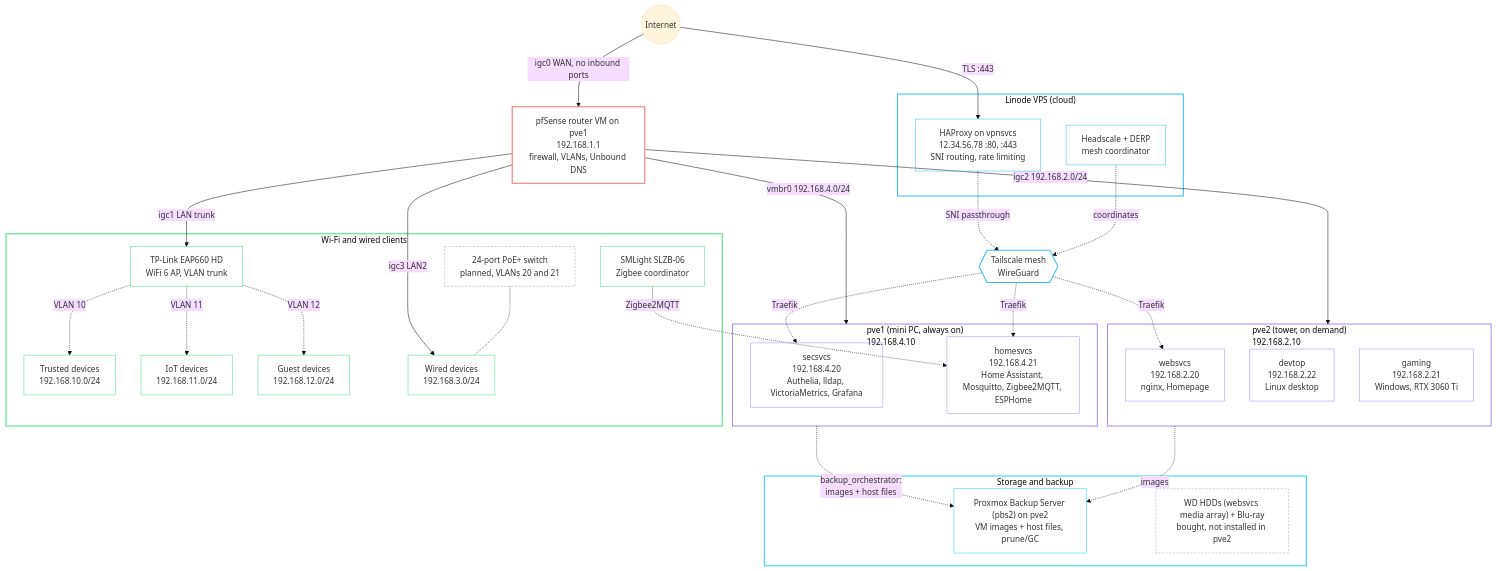
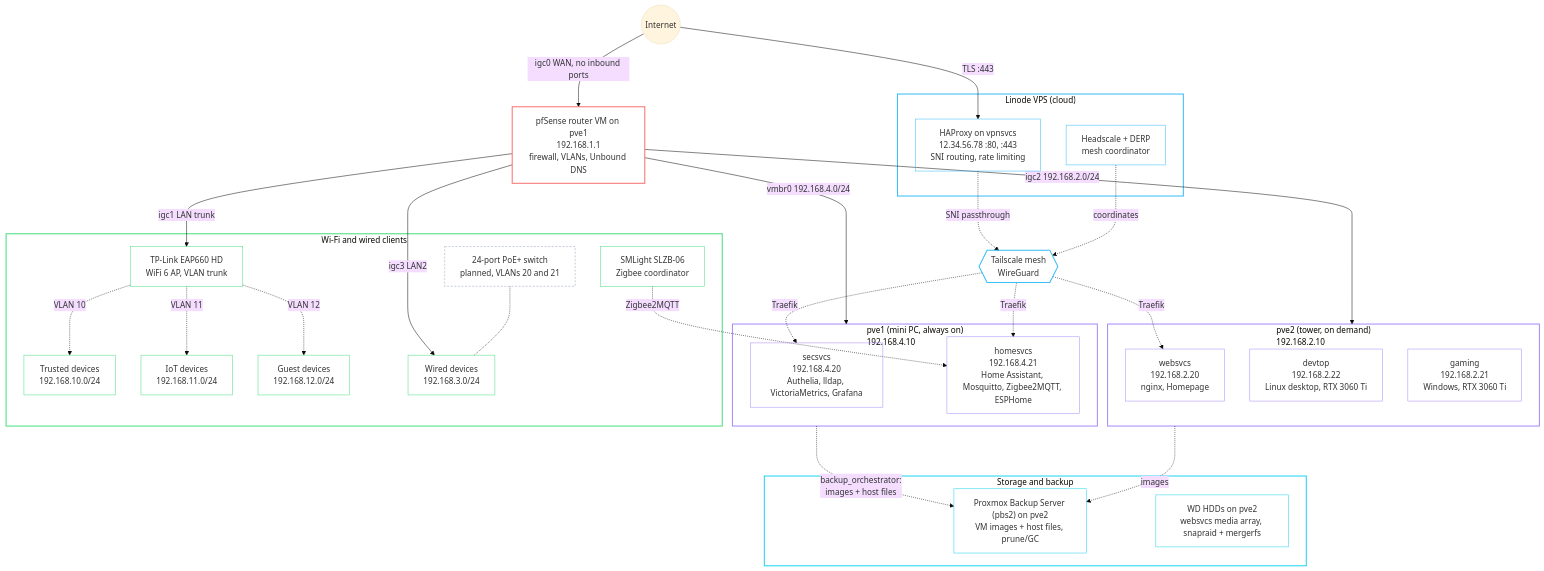
One commit to babraham123/homelab changed the diagram in rendered/docs/architecture.md. Above: the diagram before and after it, drawn with Mermaid (base theme). The commit also changed other lines of this file and 32 other files, not shown here.

````diff
--- a/rendered/docs/architecture.md
+++ b/rendered/docs/architecture.md
@@ -20,75 +20,75 @@
 ```mermaid
 flowchart TB
     inet(("Internet"))
 
     subgraph cloud["Linode VPS (cloud)"]
         haproxy["HAProxy on vpnsvcs<br/>12.34.56.78 :80, :443<br/>SNI routing, rate limiting"]
         headscale["Headscale + DERP<br/>mesh coordinator"]
     end
 
     fw["pfSense router VM on pve1<br/>192.168.1.1<br/>firewall, VLANs, Unbound DNS"]
     mesh{{"Tailscale mesh<br/>WireGuard"}}
 
     subgraph pve1["pve1 (mini PC, always on)<br/>192.168.4.10"]
         secsvcs["secsvcs<br/>192.168.4.20<br/>Authelia, lldap, VictoriaMetrics, Grafana"]
         homesvcs["homesvcs<br/>192.168.4.21<br/>Home Assistant, Mosquitto, Zigbee2MQTT, ESPHome"]
     end
 
     subgraph pve2["pve2 (tower, on demand)<br/>192.168.2.10"]
         websvcs["websvcs<br/>192.168.2.20<br/>nginx, Homepage"]
-        devtop["devtop<br/>192.168.2.22<br/>Linux desktop"]
+        devtop["devtop<br/>192.168.2.22<br/>Linux desktop, RTX 3060 Ti"]
         gaming["gaming<br/>192.168.2.21<br/>Windows, RTX 3060 Ti"]
     end
 
     subgraph clients["Wi-Fi and wired clients"]
         ap["TP-Link EAP660 HD<br/>WiFi 6 AP, VLAN trunk"]
         trusted["Trusted devices<br/>192.168.10.0/24"]
         iot["IoT devices<br/>192.168.11.0/24"]
         guest["Guest devices<br/>192.168.12.0/24"]
         zigbee["SMLight SLZB-06<br/>Zigbee coordinator"]
         wdev["Wired devices<br/>192.168.3.0/24"]
         sw["24-port PoE+ switch<br/>planned, VLANs 20 and 21"]
     end
 
     subgraph store["Storage and backup"]
         pbs2["Proxmox Backup Server (pbs2) on pve2<br/>VM images + host files, prune/GC"]
-        hdds["WD HDDs (websvcs media array) + Blu-ray<br/>bought, not installed in pve2"]
+        hdds["WD HDDs on pve2<br/>websvcs media array, snapraid + mergerfs"]
     end
 
     inet -- "TLS :443" --> haproxy
     inet -- "igc0 WAN, no inbound ports" --> fw
     haproxy -. "SNI passthrough" .-> mesh
     headscale -. "coordinates" .-> mesh
     mesh -. "Traefik" .-> secsvcs
     mesh -. "Traefik" .-> homesvcs
     mesh -. "Traefik" .-> websvcs
     fw -- "vmbr0 192.168.4.0/24" --> pve1
     fw -- "igc2 192.168.2.0/24" --> pve2
     fw -- "igc1 LAN trunk" --> ap
     fw -- "igc3 LAN2" --> wdev
     ap -. "VLAN 10" .-> trusted
     ap -. "VLAN 11" .-> iot
     ap -. "VLAN 12" .-> guest
     zigbee -. "Zigbee2MQTT" .-> homesvcs
     sw -.- wdev
     pve1 -. "backup_orchestrator:<br/>images + host files" .-> pbs2
     pve2 -. "images" .-> pbs2
 
     style cloud stroke:#38bdf8,stroke-width:2px,fill:transparent
     style pve1 stroke:#a78bfa,stroke-width:2px,fill:transparent
     style pve2 stroke:#a78bfa,stroke-width:2px,fill:transparent
     style clients stroke:#4ade80,stroke-width:2px,fill:transparent
     style store stroke:#22d3ee,stroke-width:2px,fill:transparent
     style fw stroke:#f87171,stroke-width:2px,fill:transparent
     style mesh stroke:#38bdf8,stroke-width:2px,fill:transparent
     classDef ext stroke:#38bdf8,fill:transparent
     classDef host stroke:#a78bfa,fill:transparent
     classDef data stroke:#22d3ee,fill:transparent
     classDef dev stroke:#4ade80,fill:transparent
     classDef planned stroke:#94a3b8,stroke-dasharray:4 3,fill:transparent
     class haproxy,headscale ext
     class secsvcs,homesvcs,websvcs,devtop,gaming host
-    class pbs2 data
+    class pbs2,hdds data
     class ap,trusted,iot,guest,zigbee,wdev dev
-    class hdds,sw planned
+    class sw planned
 ```
````
